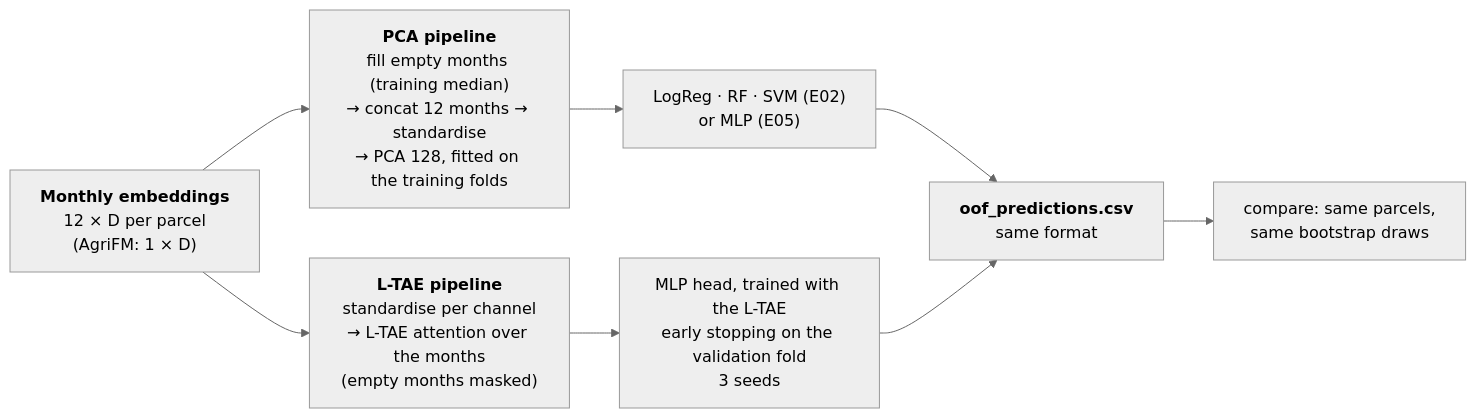
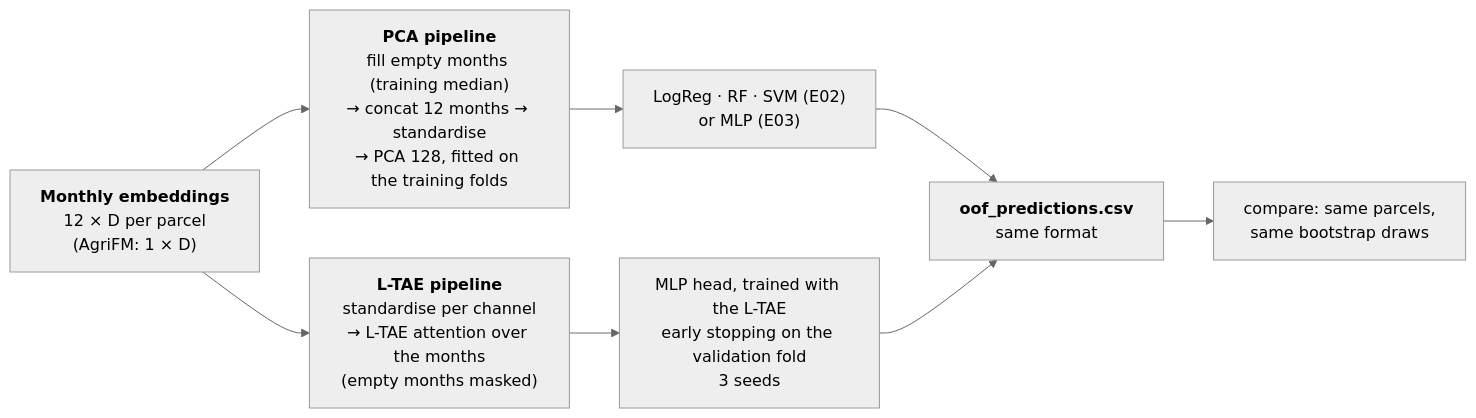
Before and after one commit to amanchry/irrimapping-geofm: the first of 2 diagrams in docs/phase2_models/evaluation.md, drawn with Mermaid (neutral theme). The commit also changed other lines of this file and 48 other files, not shown here.

````diff
--- a/docs/phase2_models/evaluation.md
+++ b/docs/phase2_models/evaluation.md
@@ -79,10 +79,10 @@
 ```mermaid
 flowchart LR
     E["<b>Monthly embeddings</b><br/>12 × D per parcel<br/>(AgriFM: 1 × D)"] --> A["<b>PCA pipeline</b><br/>fill empty months (training median)<br/>→ concat 12 months → standardise<br/>→ PCA 128, fitted on the training folds"]
     E --> B["<b>L-TAE pipeline</b><br/>standardise per channel<br/>→ L-TAE attention over the months<br/>(empty months masked)"]
-    A --> C["LogReg · RF · SVM (E02)<br/>or MLP (E05)"]
+    A --> C["LogReg · RF · SVM (E02)<br/>or MLP (E03)"]
     B --> D["MLP head, trained with the L-TAE<br/>early stopping on the validation fold<br/>3 seeds"]
     C --> O["<b>oof_predictions.csv</b><br/>same format"]
     D --> O
     O --> CMP["compare: same parcels,<br/>same bootstrap draws"]
 ```
````
